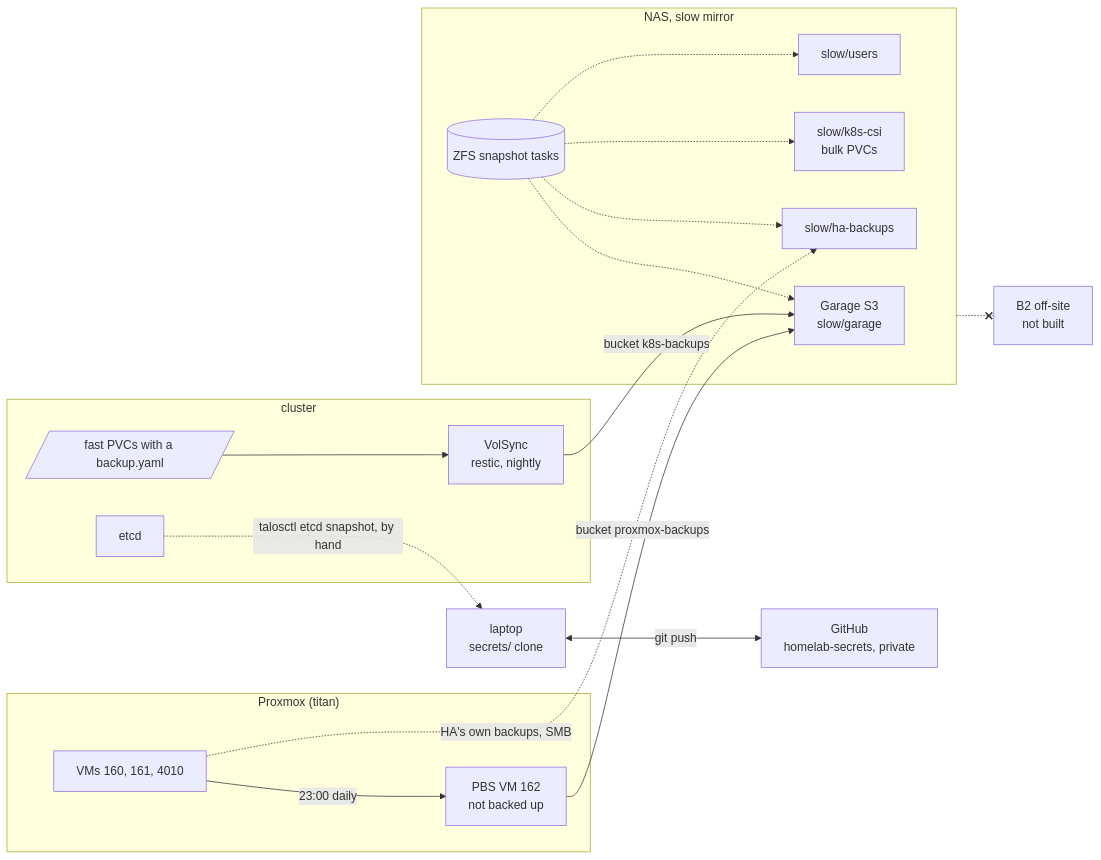
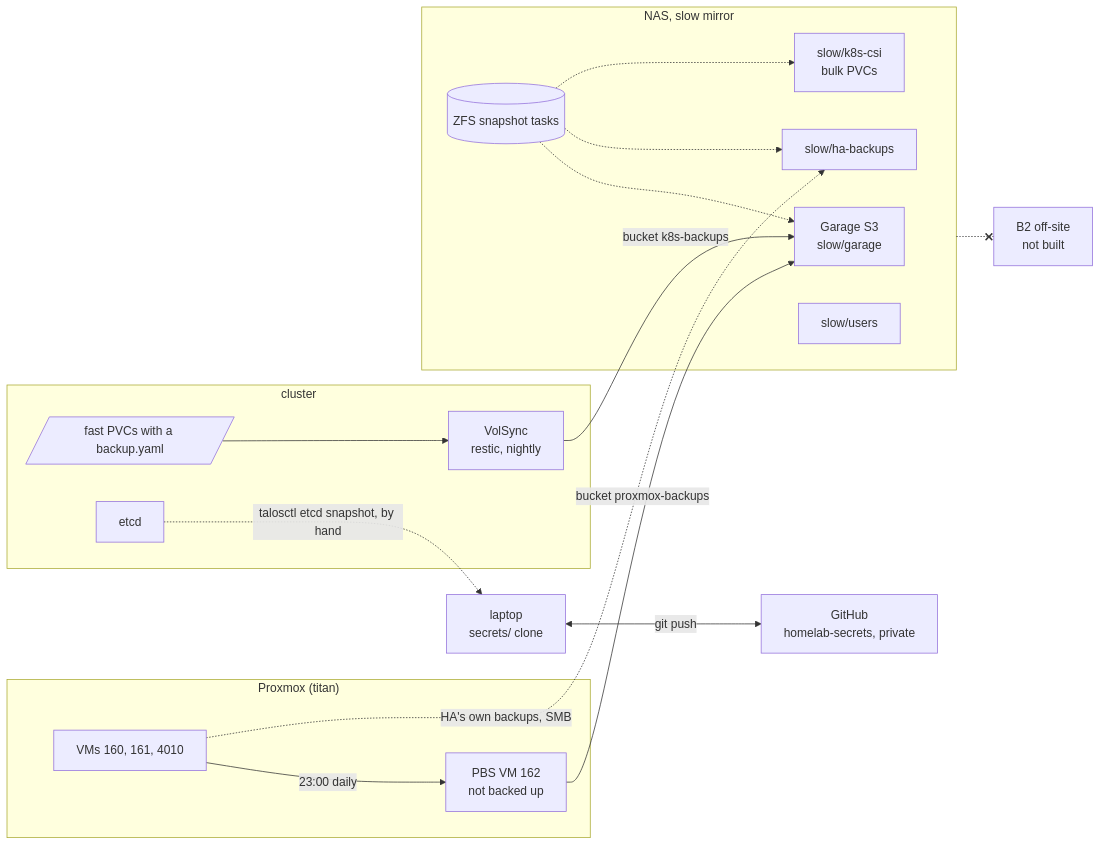
One commit to Sojamann/homelab changed the diagram in docs/src/backups.md. Above: the diagram before and after it, drawn with Mermaid. The commit also changed other lines of this file and 3 other files, not shown here.

````diff
--- a/docs/src/backups.md
+++ b/docs/src/backups.md
@@ -7,30 +7,30 @@
 ```mermaid
 graph LR
   subgraph px["Proxmox (titan)"]
     VMS["VMs 160, 161, 4010"]
     PBSVM["PBS VM 162<br/>not backed up"]
   end
   subgraph k8s["cluster"]
     FASTPVC[/"fast PVCs with a backup.yaml"/]
     VS["VolSync<br/>restic, nightly"]
     ETCD["etcd"]
   end
   subgraph nas["NAS, slow mirror"]
     GA["Garage S3<br/>slow/garage"]
     HAB["slow/ha-backups"]
     BULK["slow/k8s-csi<br/>bulk PVCs"]
     USERS["slow/users"]
     ZFS[("ZFS snapshot tasks")]
   end
   LAPTOP["laptop<br/>secrets/ clone"]
   GH["GitHub<br/>homelab-secrets, private"]
   B2["B2 off-site<br/>not built"]
 
   VMS -->|"23:00 daily"| PBSVM -->|"bucket proxmox-backups"| GA
   FASTPVC --> VS -->|"bucket k8s-backups"| GA
   VMS -.->|"HA's own backups, SMB"| HAB
   ETCD -.->|"talosctl etcd snapshot, by hand"| LAPTOP
   LAPTOP <-->|git push| GH
-  ZFS -.-> GA & HAB & BULK & USERS
+  ZFS -.-> GA & HAB & BULK
   nas -.-x B2
 ```
````
